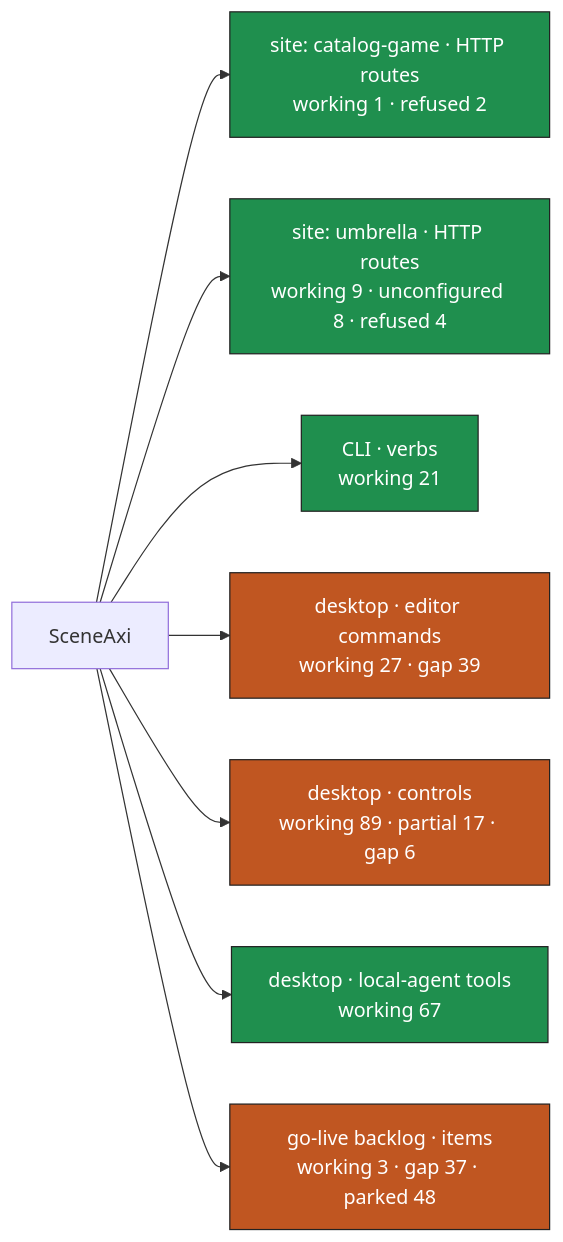
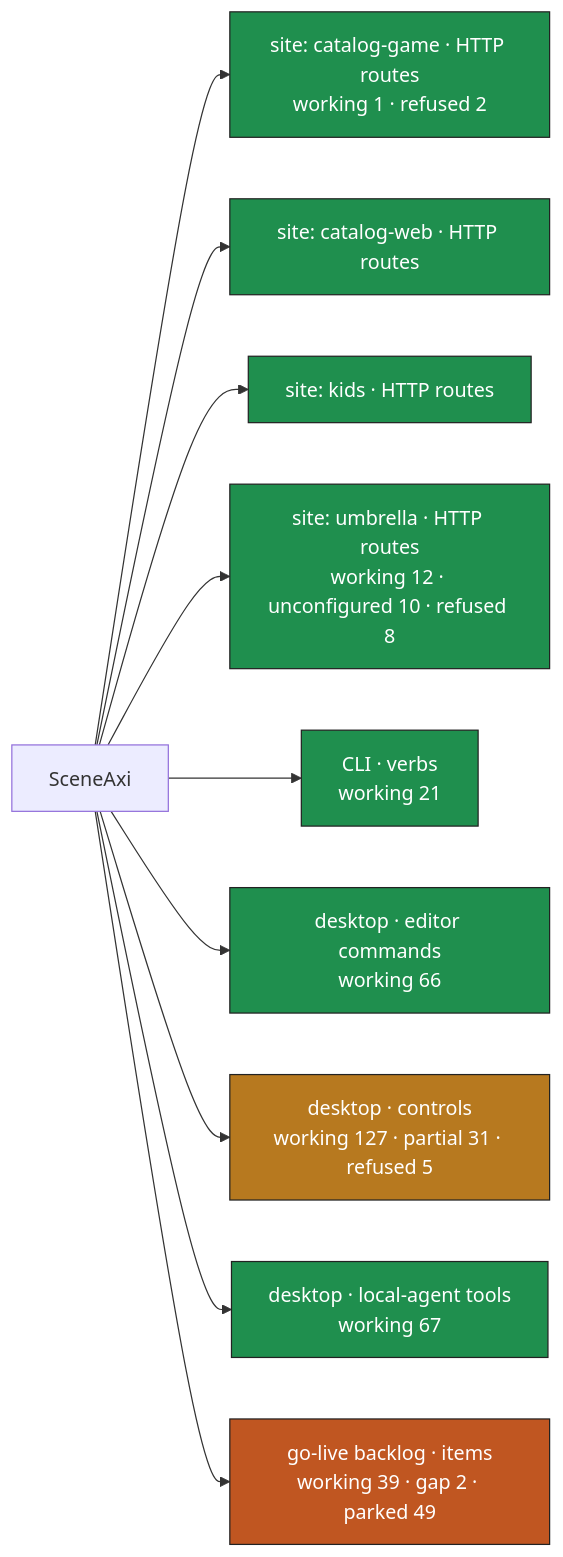
One commit to Vhailors/sceneaxi changed the diagram in docs/audits/surface-map.md. Above: the diagram before and after it, drawn with Mermaid. The commit also changed other lines of this file and 5 other files, not shown here.

First line of the commit message:
docs(audit): record the go-live loop result and regenerated graphmap

````diff
--- a/docs/audits/surface-map.md
+++ b/docs/audits/surface-map.md
@@ -9,26 +9,30 @@
 ```mermaid
 flowchart LR
   SA["SceneAxi"]
   SA --> site__catalog_game_HTTP_routes["site: catalog-game · HTTP routes<br/>working 1 · refused 2"]
   class site__catalog_game_HTTP_routes working
-  SA --> site__umbrella_HTTP_routes["site: umbrella · HTTP routes<br/>working 9 · unconfigured 8 · refused 4"]
+  SA --> site__catalog_web_HTTP_routes["site: catalog-web · HTTP routes<br/>"]
+  class site__catalog_web_HTTP_routes working
+  SA --> site__kids_HTTP_routes["site: kids · HTTP routes<br/>"]
+  class site__kids_HTTP_routes working
+  SA --> site__umbrella_HTTP_routes["site: umbrella · HTTP routes<br/>working 12 · unconfigured 10 · refused 8"]
   class site__umbrella_HTTP_routes working
   SA --> CLI_verbs["CLI · verbs<br/>working 21"]
   class CLI_verbs working
-  SA --> desktop_editor_commands["desktop · editor commands<br/>working 27 · gap 39"]
-  class desktop_editor_commands gap
-  SA --> desktop_controls["desktop · controls<br/>working 89 · partial 17 · gap 6"]
-  class desktop_controls gap
+  SA --> desktop_editor_commands["desktop · editor commands<br/>working 66"]
+  class desktop_editor_commands working
+  SA --> desktop_controls["desktop · controls<br/>working 127 · partial 31 · refused 5"]
+  class desktop_controls partial
   SA --> desktop_local_agent_tools["desktop · local-agent tools<br/>working 67"]
   class desktop_local_agent_tools working
-  SA --> go_live_backlog_items["go-live backlog · items<br/>working 3 · gap 37 · parked 48"]
+  SA --> go_live_backlog_items["go-live backlog · items<br/>working 39 · gap 2 · parked 49"]
   class go_live_backlog_items gap
   classDef working fill:#1f8f4e,color:#fff,stroke:#222
   classDef partial fill:#b7791f,color:#fff,stroke:#222
   classDef unconfigured fill:#5a6b85,color:#fff,stroke:#222
   classDef refused fill:#6b5aa6,color:#fff,stroke:#222
   classDef gap fill:#c05621,color:#fff,stroke:#222
   classDef parked fill:#8a8f98,color:#fff,stroke:#222
   classDef unknown fill:#444c56,color:#fff,stroke:#222
   classDef broken fill:#c53030,color:#fff,stroke:#222
 ```
````
